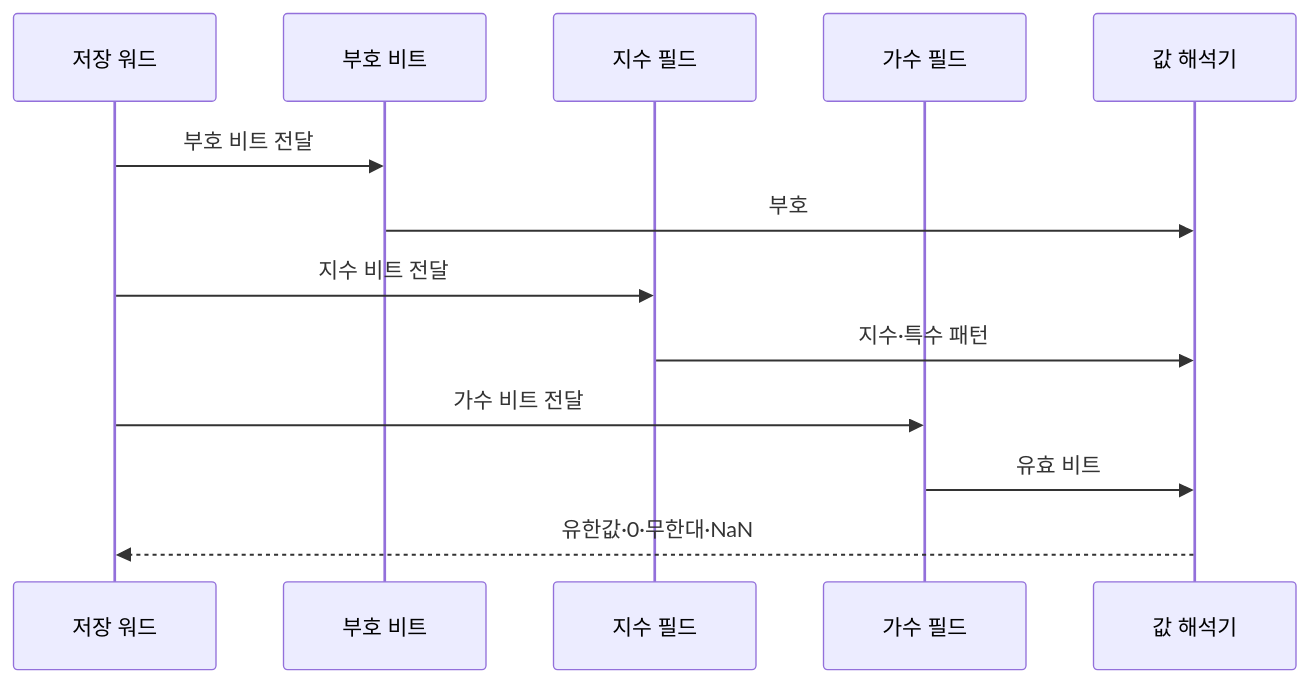
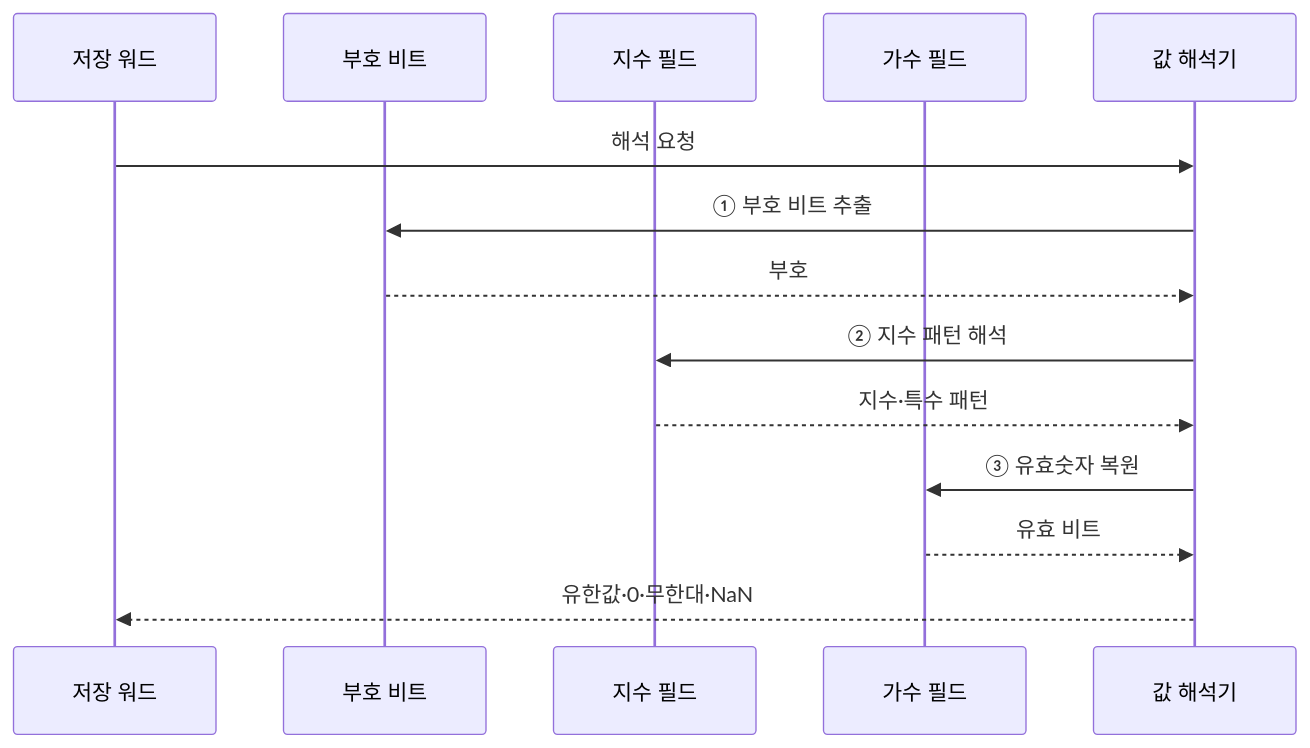
Before and after one commit to agnusdei1207/knowledge-base: the third of 3 diagrams in src/content/docs/notes/01-basic-theory/023_floating_point_ieee_754.md, drawn with Mermaid. The commit also changed other lines of this file and 20 other files, not shown here.

````diff
--- a/src/content/docs/notes/01-basic-theory/023_floating_point_ieee_754.md
+++ b/src/content/docs/notes/01-basic-theory/023_floating_point_ieee_754.md
@@ -81,15 +102,16 @@
 ```mermaid
 sequenceDiagram
     participant W as 저장 워드
     participant S as 부호 비트
     participant E as 지수 필드
     participant F as 가수 필드
     participant D as 값 해석기
-    W->>S: 부호 비트 전달
-    S->>D: 부호
-    W->>E: 지수 비트 전달
-    E->>D: 지수·특수 패턴
-    W->>F: 가수 비트 전달
-    F->>D: 유효 비트
+    W->>D: 해석 요청
+    D->>S: ① 부호 비트 추출
+    S-->>D: 부호
+    D->>E: ② 지수 패턴 해석
+    E-->>D: 지수·특수 패턴
+    D->>F: ③ 유효숫자 복원
+    F-->>D: 유효 비트
     D-->>W: 유한값·0·무한대·NaN
 ```
````
